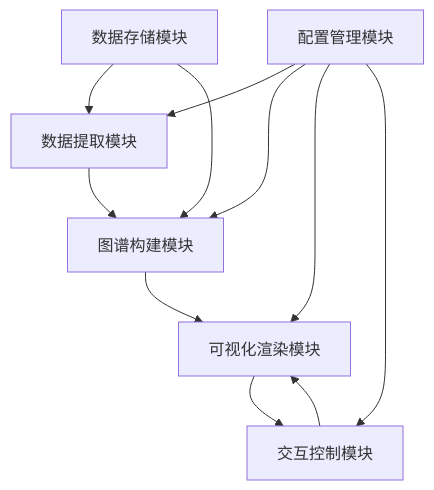
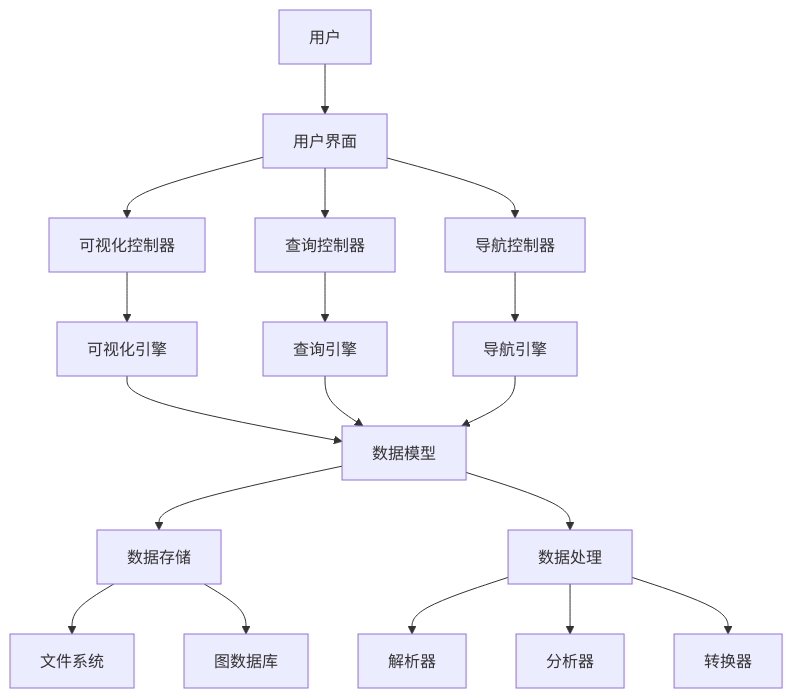
Before and after one commit to AdaMartin18010/formal-architecture: the diagram in Analysis/知识图谱可视化工具设计-v62.md, drawn with Mermaid. The commit also changed other lines of this file and 5 other files, not shown here.

````diff
--- a/Analysis/知识图谱可视化工具设计-v62.md
+++ b/Analysis/知识图谱可视化工具设计-v62.md
@@ -20,13 +11,25 @@
 ```mermaid
 graph TD
-    A[数据提取模块] --> B[图谱构建模块]
-    B --> C[可视化渲染模块]
-    C --> D[交互控制模块]
-    D --> C
-    E[数据存储模块] --> A
-    E --> B
-    F[配置管理模块] --> A
-    F --> B
-    F --> C
-    F --> D
+    User[用户] --> UI[用户界面]
+    UI --> VC[可视化控制器]
+    UI --> QC[查询控制器]
+    UI --> NC[导航控制器]
+    
+    VC --> VE[可视化引擎]
+    QC --> QE[查询引擎]
+    NC --> NE[导航引擎]
+    
+    VE --> DM[数据模型]
+    QE --> DM
+    NE --> DM
+    
+    DM --> DS[数据存储]
+    DM --> DP[数据处理]
+    
+    DS --> File[文件系统]
+    DS --> DB[图数据库]
+    
+    DP --> Parser[解析器]
+    DP --> Analyzer[分析器]
+    DP --> Transformer[转换器]
 ```
````
